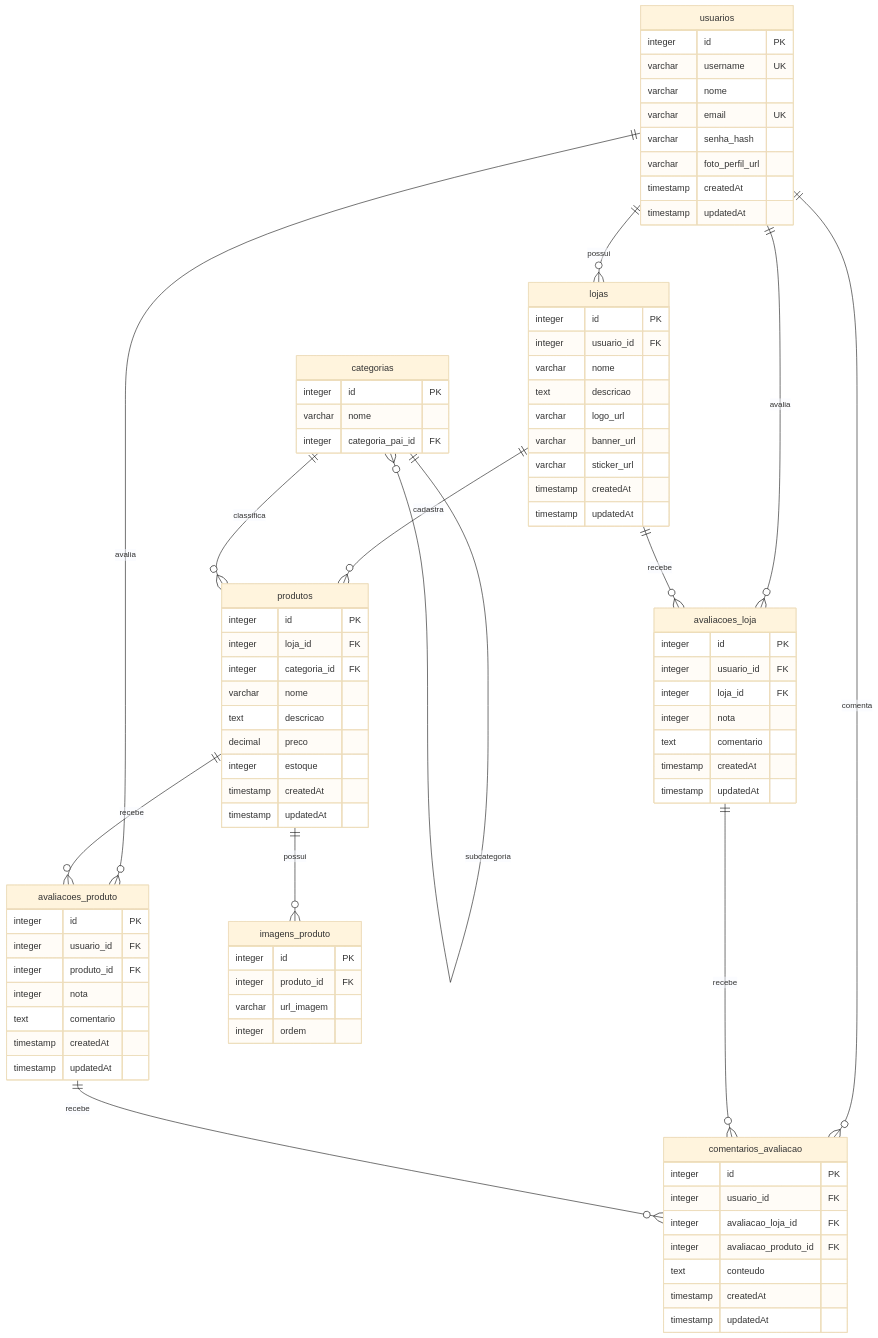
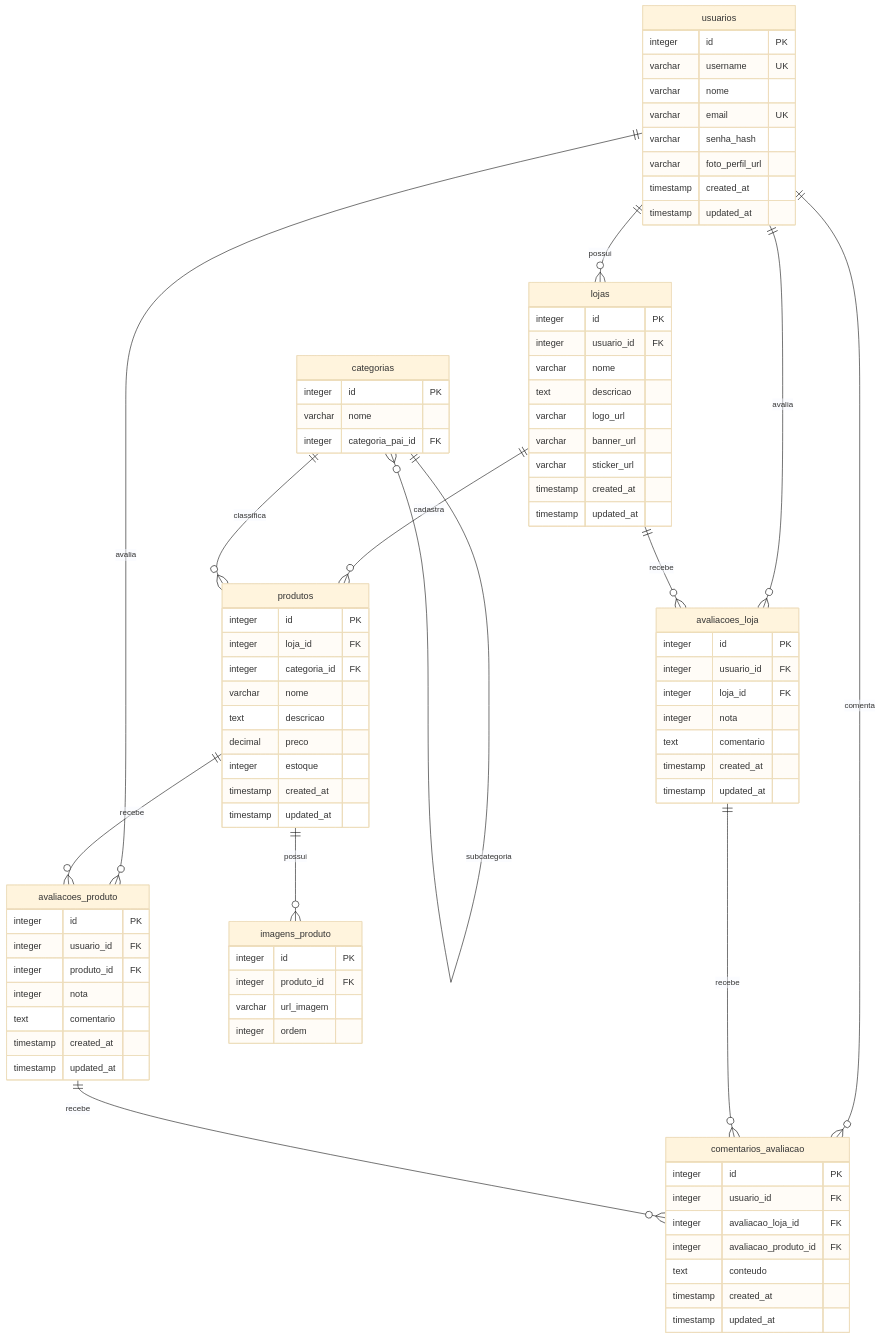
Before and after one commit to Mendezalv/PT-2026-02-Grupo-8-BackEnd: the diagram in MODELAGEM.md, drawn with Mermaid (base theme). The commit also changed other lines of this file and 43 other files, not shown here.

````diff
--- a/MODELAGEM.md
+++ b/MODELAGEM.md
@@ -37,8 +37,8 @@
         varchar email UK
         varchar senha_hash
         varchar foto_perfil_url
-        timestamp createdAt
-        timestamp updatedAt
+        timestamp created_at
+        timestamp updated_at
     }
 
     lojas {
@@ -49,8 +49,8 @@
         varchar logo_url
         varchar banner_url
         varchar sticker_url
-        timestamp createdAt
-        timestamp updatedAt
+        timestamp created_at
+        timestamp updated_at
     }
 
     categorias {
@@ -67,8 +67,8 @@
         text descricao
         decimal preco
         integer estoque
-        timestamp createdAt
-        timestamp updatedAt
+        timestamp created_at
+        timestamp updated_at
     }
 
     imagens_produto {
@@ -84,8 +84,8 @@
         integer produto_id FK
         integer nota
         text comentario
-        timestamp createdAt
-        timestamp updatedAt
+        timestamp created_at
+        timestamp updated_at
     }
 
     avaliacoes_loja {
@@ -94,8 +94,8 @@
         integer loja_id FK
         integer nota
         text comentario
-        timestamp createdAt
-        timestamp updatedAt
+        timestamp created_at
+        timestamp updated_at
     }
 
     comentarios_avaliacao {
@@ -104,7 +104,7 @@
         integer avaliacao_loja_id FK
         integer avaliacao_produto_id FK
         text conteudo
-        timestamp createdAt
-        timestamp updatedAt
+        timestamp created_at
+        timestamp updated_at
     }
 ```
````
